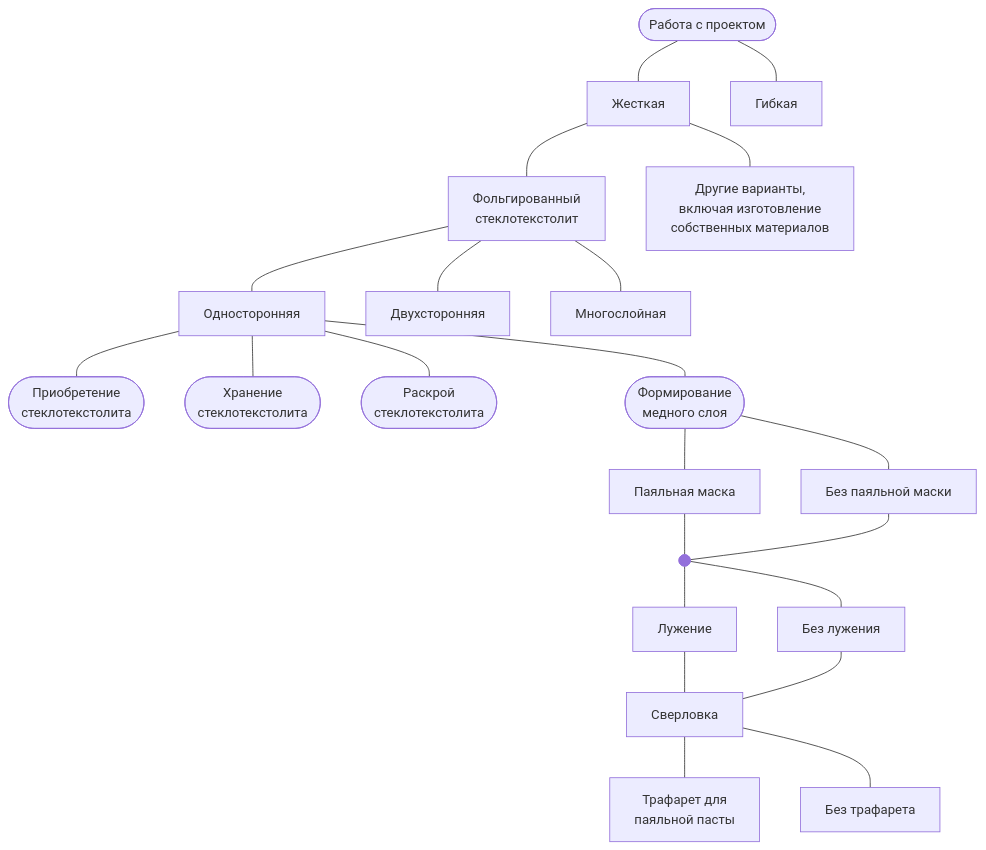
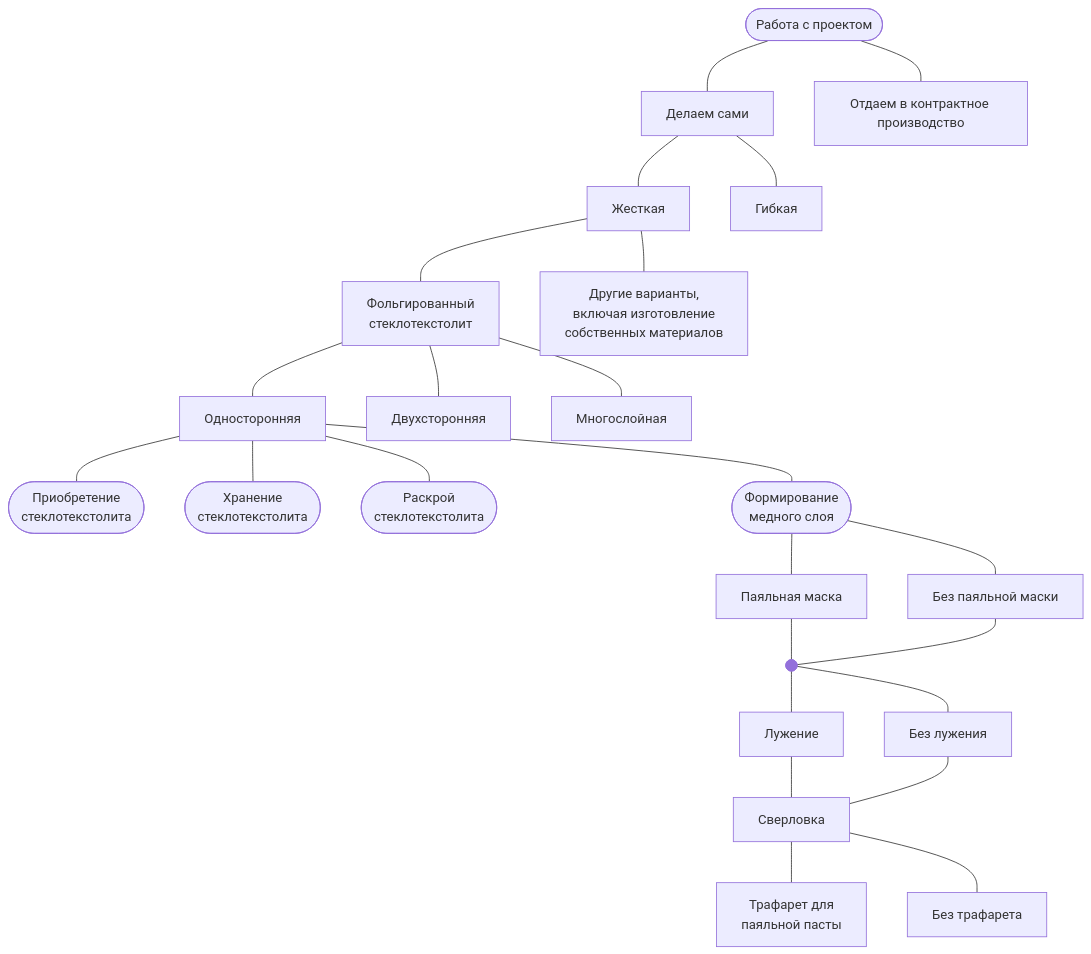
The diagram in README.md (ufrs12/PCB-making), drawn with Mermaid before and after one commit.

````diff
--- a/README.md
+++ b/README.md
@@ -6,41 +6,44 @@
 ```mermaid
 flowchart
 	n10@{ shape: "stadium", label: "Работа с проектом" }
 		click n10 "https://github.com/ufrs12/PCB-making/blob/main/MD/project/project.md"
-	n10 --- n2["Жесткая"]
-	n10 --- n3["Гибкая"]
+	n10 --- n12["Делаем сами"]
+	n10 --- n19["Отдаем в контрактное производство"]
+		click n19 "https://github.com/ufrs12/PCB-making/blob/main/MD/contract/contract.md"
+	n12 --- n2["Жесткая"]
+	n12 --- n3["Гибкая"]
 
 	n2 --- n7["Фольгированный
 стеклотекстолит"]
 	n2 --- n8["Другие варианты,
 включая изготовление
 собственных материалов"]
 	
 	n7 --- n4["Односторонняя"]
 	n7 --- n5["Двухсторонняя"]
 	n7 --- n6["Многослойная"]
 	
 	n4 --- n25@{ shape: "stadium", label: "Приобретение
 стеклотекстолита" }
 	n4 --- n26@{ shape: "stadium", label: "Хранение
 стеклотекстолита" }
 	n4 --- n23@{ shape: "stadium", label: "Раскрой
 стеклотекстолита" }
 	n4 --- n9@{ shape: "stadium", label: "Формирование
 медного слоя" }
 		click n9 "https://github.com/ufrs12/PCB-making/blob/main/MD/cu_layer/Cu_layer.md"
 
 	n9 --- n13["Паяльная маска"]
 	n9 --- n14["Без паяльной маски"]
 	
 	n13 --- n15@{ shape: "f-circ" }
 	n14 --- n15
 	n15 --- n17["Лужение"]
 	n15 --- n18["Без лужения"]
 	n17 --- n16["Сверловка"]
 	n18 --- n16
 	n16 --- n1["Трафарет для
 паяльной пасты"]
 		click n1 "https://github.com/ufrs12/PCB-making/blob/main/MD/%20stencil/stencil.md"
 	n16 --- n11["Без трафарета"]
 ```
````
